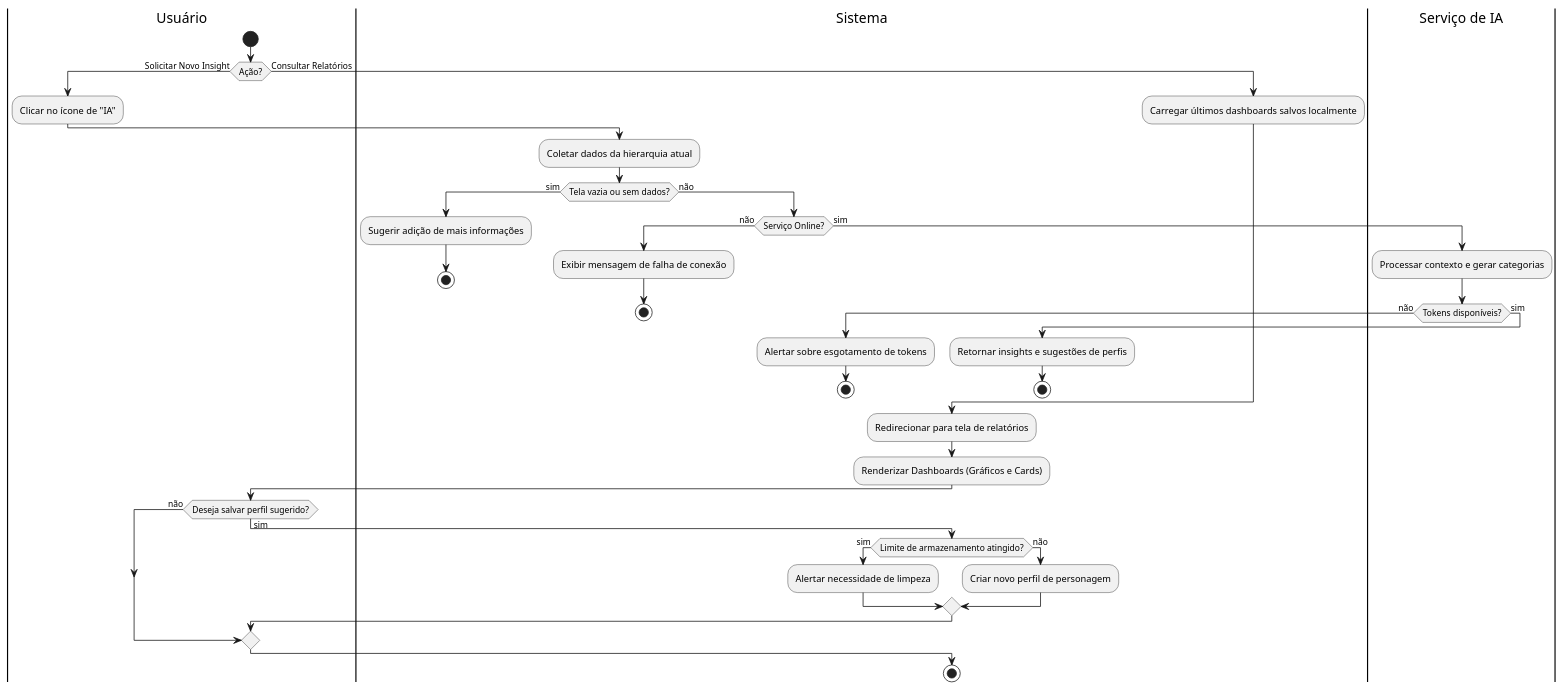
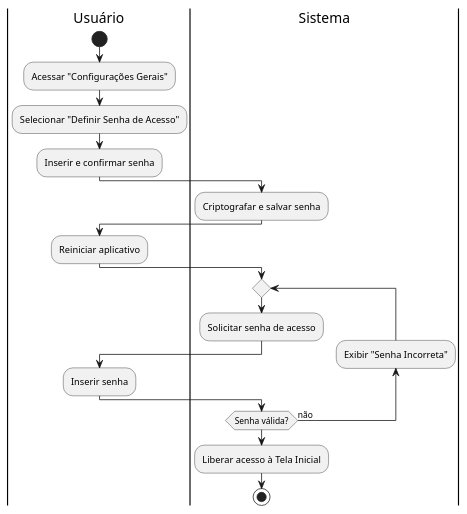
The diagram in docs/casosUso/uml/diagramas_atividade/diagrama_atividade_UC17.puml (aspiringluke/Projeto-Integrado-Mobile), drawn with PlantUML before and after one commit. The commit also changed 19 other files, not shown here.

Commit message:
docs: Diagramas de atividade ajustados aos casos de uso atuais

```diff
--- a/docs/casosUso/uml/diagramas_atividade/diagrama_atividade_UC17.puml
+++ b/docs/casosUso/uml/diagramas_atividade/diagrama_atividade_UC17.puml
@@ -1,51 +1,23 @@
 @startuml diagrama_UC17
 
 |Usuário|
 start
+:Acessar "Configurações Gerais";
+:Selecionar "Definir Senha de Acesso";
+:Inserir e confirmar senha;
+|Sistema|
+:Criptografar e salvar senha;
+|Usuário|
+:Reiniciar aplicativo;
+|Sistema|
+repeat
+  :Solicitar senha de acesso;
+  |Usuário|
+  :Inserir senha;
+  |Sistema|
+backward:Exibir "Senha Incorreta";
+repeat while (Senha válida?) is (não)
+:Liberar acesso à Tela Inicial;
+stop
 
-if (Ação?) then (Solicitar Novo Insight)
-  :Clicar no ícone de "IA";
-  |Sistema|
-  :Coletar dados da hierarquia atual;
-  if (Tela vazia ou sem dados?) then (sim)
-    :Sugerir adição de mais informações;
-    stop
-  else (não)
-    if (Serviço Online?) then (não)
-      :Exibir mensagem de falha de conexão;
-      stop
-    else (sim)
-      |Serviço de IA|
-      :Processar contexto e gerar categorias;
-      if (Tokens disponíveis?) then (não)
-        |Sistema|
-        :Alertar sobre esgotamento de tokens;
-        stop
-      else (sim)
-        :Retornar insights e sugestões de perfis;
-        stop
-      endif
-    endif
-  endif
-else (Consultar Relatórios)
-  |Sistema|
-  :Carregar últimos dashboards salvos localmente;
-endif
-
-|Sistema|
-:Redirecionar para tela de relatórios;
-:Renderizar Dashboards (Gráficos e Cards);
-
-|Usuário|
-if (Deseja salvar perfil sugerido?) then (sim)
-  |Sistema|
-  if (Limite de armazenamento atingido?) then (sim)
-    :Alertar necessidade de limpeza;
-  else (não)
-    :Criar novo perfil de personagem;
-  endif
-else (não)
-endif
-
-stop
 @enduml
```
